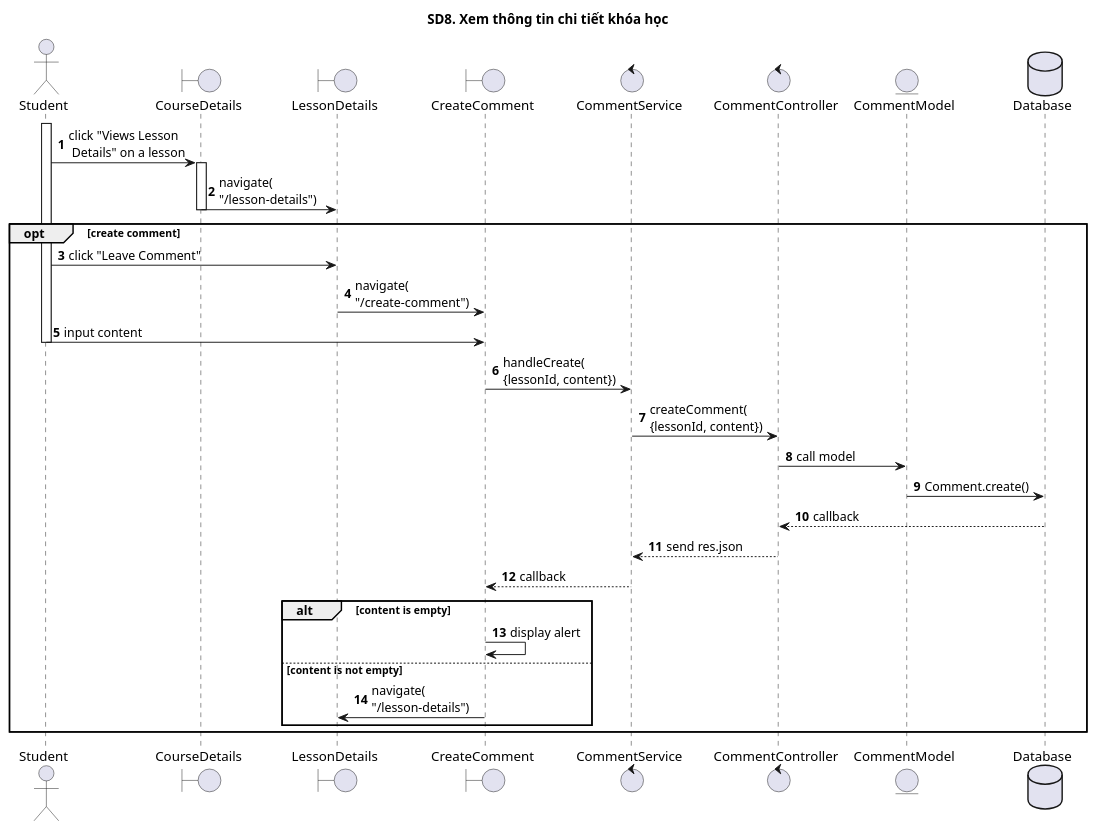
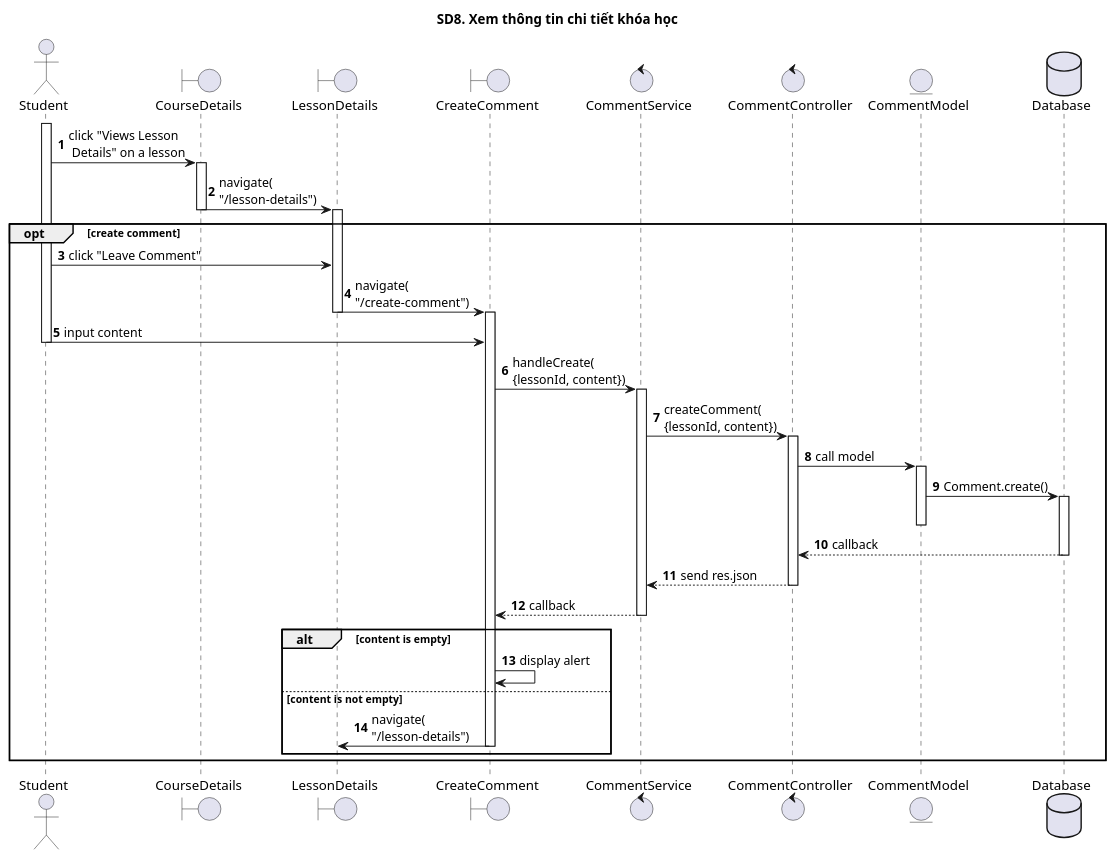
The diagram in SequenceDiagrams/CNPMHDT/New/sd8.puml (The-Cookies-Team/UML-Diagrams), drawn with PlantUML before and after one commit. The commit also changed 12 other files, not shown here.

```diff
--- a/SequenceDiagrams/CNPMHDT/New/sd8.puml
+++ b/SequenceDiagrams/CNPMHDT/New/sd8.puml
@@ -1,40 +1,52 @@
 @startuml SQ
 
 autonumber
 
 title SD8. Xem thông tin chi tiết khóa học
 
 Actor Student
 boundary "CourseDetails"
 boundary "LessonDetails"
 boundary "CreateComment"
 control "CommentService"
 control "CommentController"
 entity "CommentModel"
 database "Database" as Database
 
 activate Student
 Student -> CourseDetails: click "Views Lesson\n Details" on a lesson
 activate CourseDetails
 CourseDetails -> LessonDetails: navigate(\n"/lesson-details")
 deactivate CourseDetails
+activate LessonDetails
 opt create comment
 Student -> LessonDetails: click "Leave Comment"
 LessonDetails -> CreateComment: navigate(\n"/create-comment")
+deactivate LessonDetails
+activate CreateComment
 Student ->  CreateComment: input content
 deactivate Student
 CreateComment -> CommentService: handleCreate(\n{lessonId, content})
+activate CommentService
 CommentService -> CommentController: createComment(\n{lessonId, content})
+activate CommentController
 CommentController -> CommentModel: call model
+activate CommentModel
 CommentModel -> Database: Comment.create()
+activate Database
+deactivate CommentModel
 Database --> CommentController: callback
+deactivate Database
 CommentController --> CommentService: send res.json
+deactivate CommentController
 CommentService --> CreateComment: callback
+deactivate CommentService
 alt content is empty 
 CreateComment -> CreateComment: display alert
 else content is not empty
 CreateComment -> LessonDetails: navigate(\n"/lesson-details")
+deactivate CreateComment
 end
 end
 
 @enduml
```
